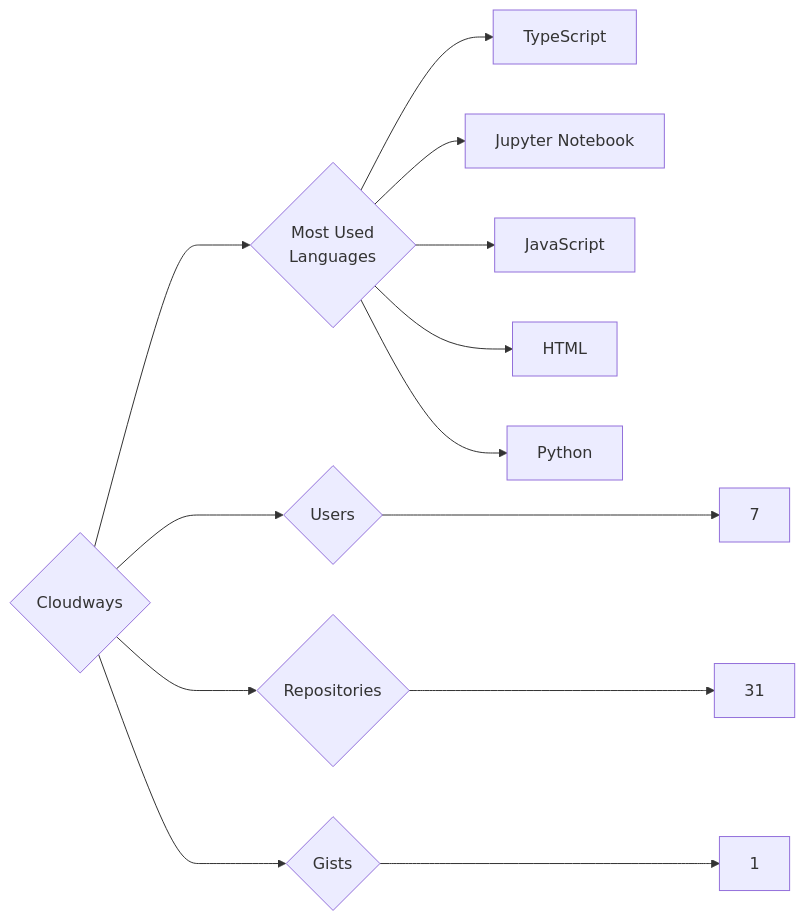
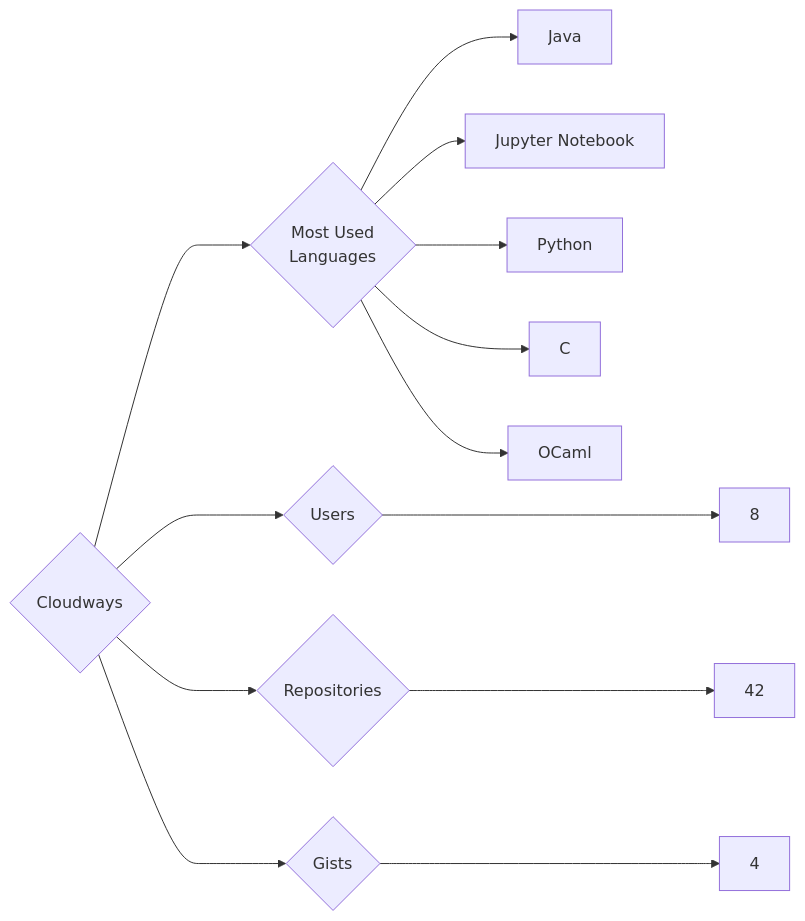
One commit to trickest/insiders changed the diagram in targets/Cloudways/README.md. Above: the diagram before and after it, drawn with Mermaid. The commit also changed 1141 other files, not shown here.

````diff
--- a/targets/Cloudways/README.md
+++ b/targets/Cloudways/README.md
@@ -3,13 +3,13 @@
 ```mermaid
 graph LR
 COMPANY_NAME{Cloudways}
-COMPANY_NAME ---> U{Users} ---> UN[7]
-COMPANY_NAME ---> R{Repositories} ---> RN[31]
-COMPANY_NAME ---> G{Gists} ---> GN[1]
+COMPANY_NAME ---> U{Users} ---> UN[8]
+COMPANY_NAME ---> R{Repositories} ---> RN[42]
+COMPANY_NAME ---> G{Gists} ---> GN[4]
 COMPANY_NAME ---> ML{Most Used<br>Languages}
-ML --> TypeScript[TypeScript]
+ML --> Java[Java]
 ML --> Jupyter_Notebook[Jupyter Notebook]
-ML --> JavaScript[JavaScript]
-ML --> HTML[HTML]
 ML --> Python[Python]
+ML --> C[C]
+ML --> OCaml[OCaml]
 ```
````
